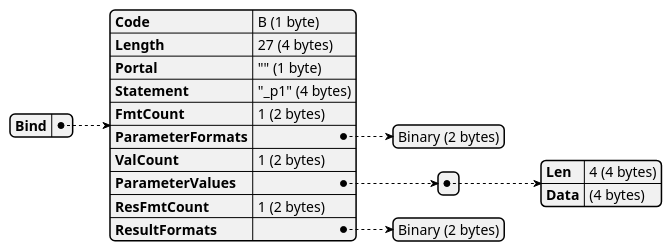
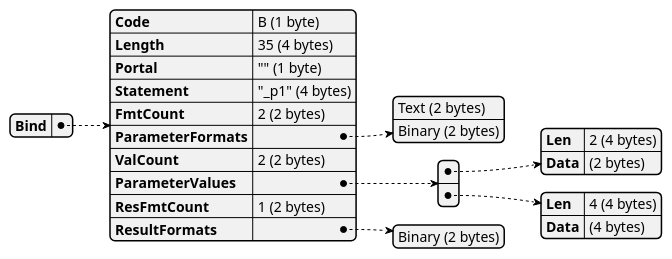
Diagram 15 of 28 in docs/examples/exports/pagila-05-extended-query-named-prepared-statement/capture.plantuml.pkt.md (xfischer/pg_protoexport), drawn with PlantUML before and after one commit. The commit also changed other lines of this file and 135 other files, not shown here.

````diff
--- a/docs/examples/exports/pagila-05-extended-query-named-prepared-statement/capture.plantuml.pkt.md
+++ b/docs/examples/exports/pagila-05-extended-query-named-prepared-statement/capture.plantuml.pkt.md
@@ -219,27 +251,32 @@
 ```plantuml
 @startjson
 {
   "Bind": {
     "Code": "B (1 byte)",
-    "Length": "27 (4 bytes)",
+    "Length": "35 (4 bytes)",
     "Portal": "\"\" (1 byte)",
     "Statement": "\"_p1\" (4 bytes)",
-    "FmtCount": "1 (2 bytes)",
+    "FmtCount": "2 (2 bytes)",
     "ParameterFormats": [
+      "Text (2 bytes)",
       "Binary (2 bytes)"
     ],
-    "ValCount": "1 (2 bytes)",
+    "ValCount": "2 (2 bytes)",
     "ParameterValues": [
+      {
+        "Len": "2 (4 bytes)",
+        "Data": "(2 bytes)"
+      },
       {
         "Len": "4 (4 bytes)",
         "Data": "(4 bytes)"
       }
     ],
     "ResFmtCount": "1 (2 bytes)",
     "ResultFormats": [
       "Binary (2 bytes)"
     ]
   }
 }
 @endjson
 ```
````
